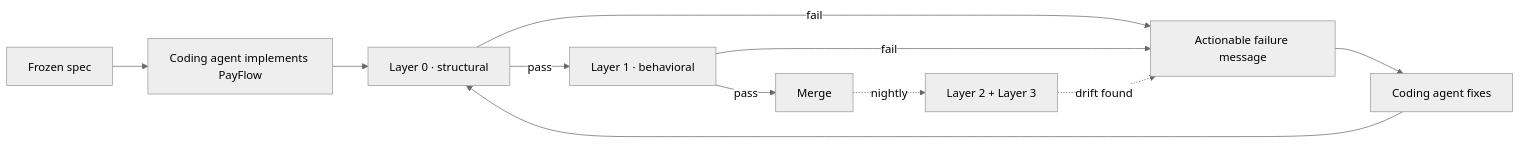
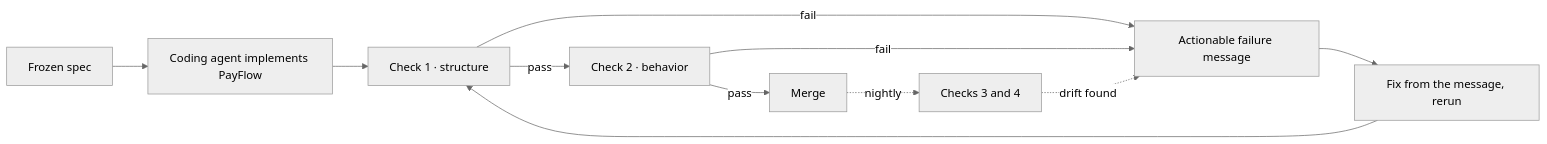
One commit to mariusargatu/PayFlow changed the diagram in README.md. Above: the diagram before and after it, drawn with Mermaid (neutral theme). The commit also changed other lines of this file and 31 other files, not shown here.

````diff
--- a/README.md
+++ b/README.md
@@ -15,13 +47,13 @@
 ```mermaid
 flowchart LR
     A[Frozen spec] --> B[Coding agent implements PayFlow]
-    B --> C["Layer 0 · structural"]
-    C -->|pass| D["Layer 1 · behavioral"]
+    B --> C["Check 1 · structure"]
+    C -->|pass| D["Check 2 · behavior"]
     C -->|fail| E[Actionable failure message]
     D -->|pass| F[Merge]
     D -->|fail| E
-    E --> G[Coding agent fixes]
+    E --> G[Fix from the message, rerun]
     G --> C
-    F -.nightly.-> H["Layer 2 + Layer 3"]
+    F -.nightly.-> H["Checks 3 and 4"]
     H -.drift found.-> E
 ```
````
